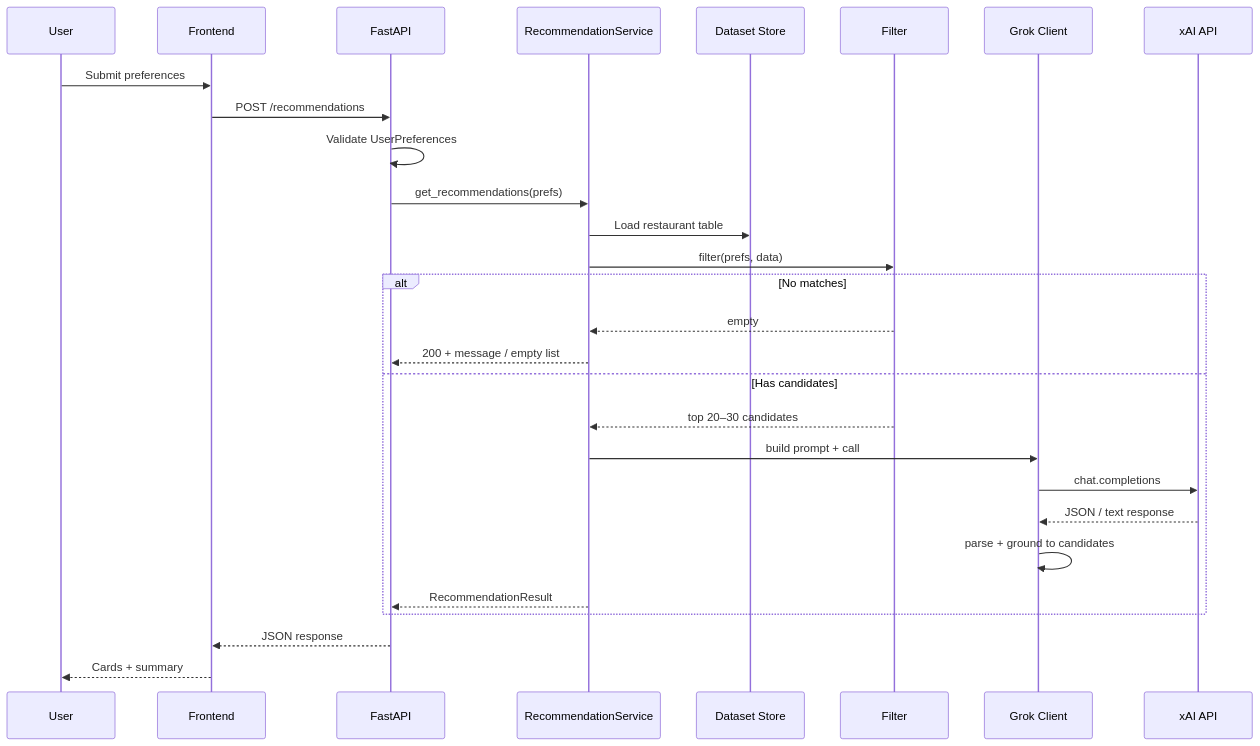
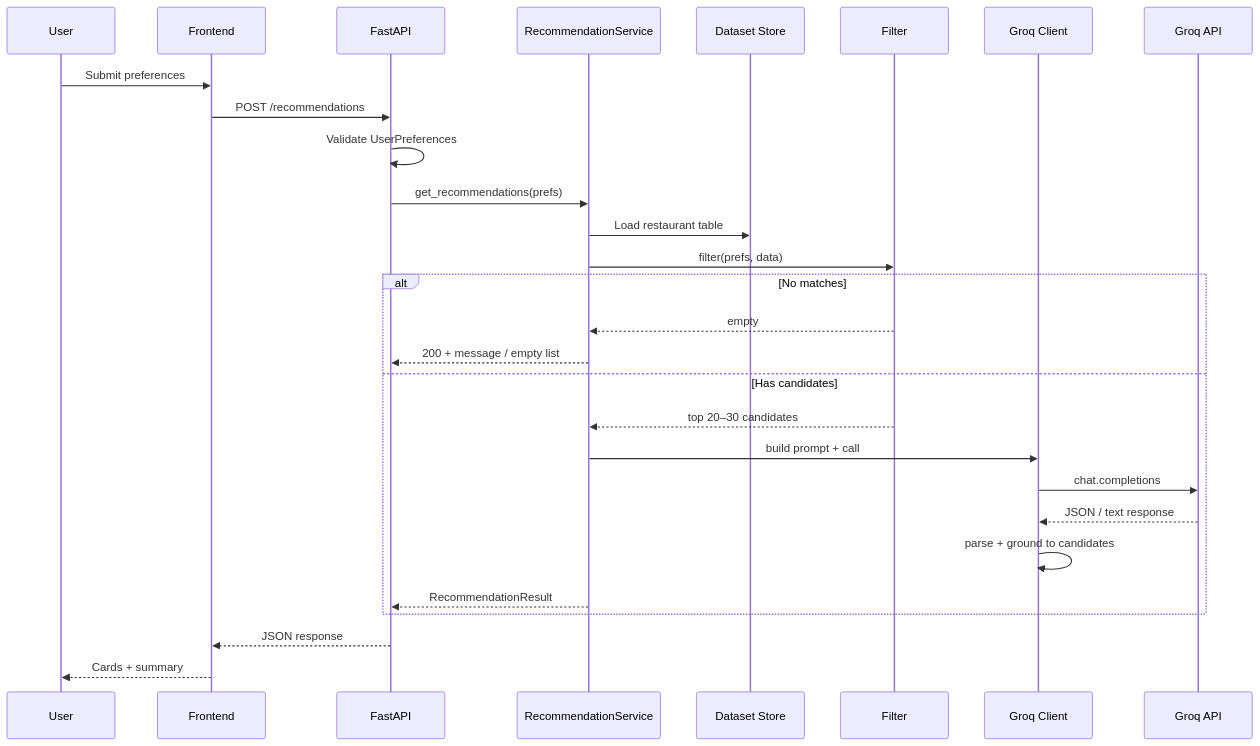
The third of 8 diagrams in docs/Architecture.md (ShashankDvd1/AI-Powered-Restaurant-Recommendation-System), drawn with Mermaid before and after one commit. The commit also changed other lines of this file and 32 other files, not shown here.

````diff
--- a/docs/Architecture.md
+++ b/docs/Architecture.md
@@ -179,31 +179,31 @@
 ```mermaid
 sequenceDiagram
     participant U as User
     participant F as Frontend
     participant A as FastAPI
     participant S as RecommendationService
     participant D as Dataset Store
     participant FL as Filter
-    participant G as Grok Client
-    participant X as xAI API
+    participant G as Groq Client
+    participant X as Groq API
 
     U->>F: Submit preferences
     F->>A: POST /recommendations
     A->>A: Validate UserPreferences
     A->>S: get_recommendations(prefs)
     S->>D: Load restaurant table
     S->>FL: filter(prefs, data)
     alt No matches
         FL-->>S: empty
         S-->>A: 200 + message / empty list
     else Has candidates
         FL-->>S: top 20–30 candidates
         S->>G: build prompt + call
         G->>X: chat.completions
         X-->>G: JSON / text response
         G->>G: parse + ground to candidates
         S-->>A: RecommendationResult
     end
     A-->>F: JSON response
     F-->>U: Cards + summary
 ```
````
